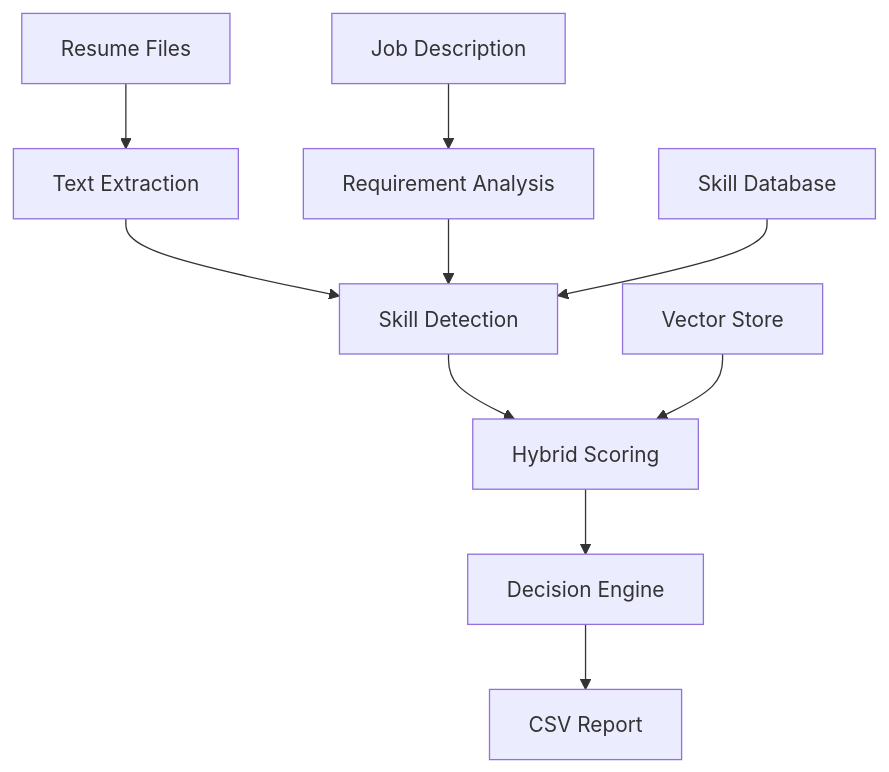
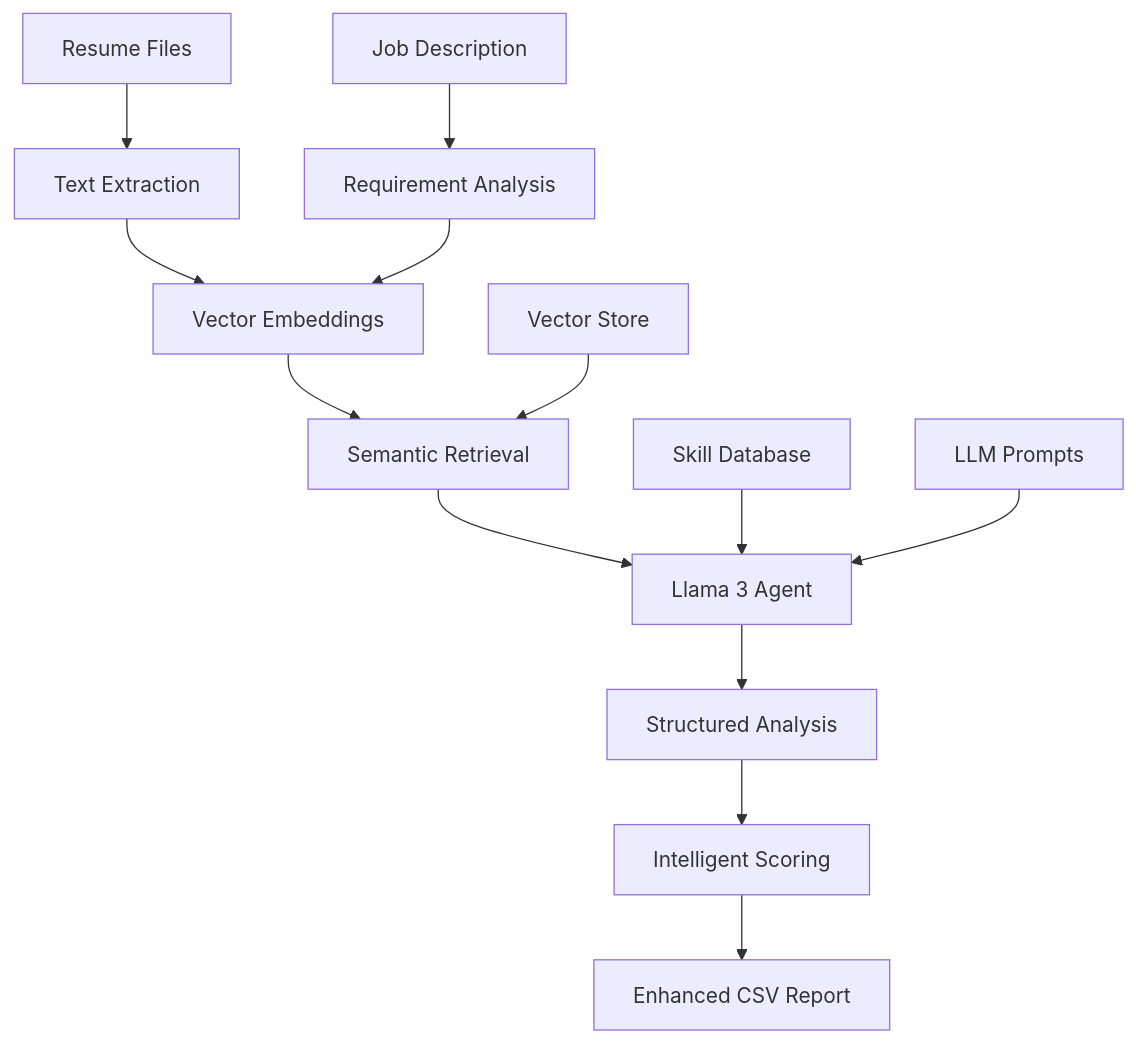
The diagram in readme.md (Tahmeer-Pasha/AI-Training), drawn with Mermaid before and after one commit. The commit also changed other lines of this file and 1 other file, not shown here.

````diff
--- a/readme.md
+++ b/readme.md
@@ -127,13 +119,16 @@
 ```mermaid
 graph TD
     A[Resume Files] --> B[Text Extraction]
     C[Job Description] --> D[Requirement Analysis]
-    B --> E[Skill Detection]
+    B --> E[Vector Embeddings]
     D --> E
-    E --> F[Hybrid Scoring]
-    F --> G[Decision Engine]
-    G --> H[CSV Report]
+    E --> F[Semantic Retrieval]
+    F --> G[Llama 3 Agent]
+    G --> H[Structured Analysis]
+    H --> I[Intelligent Scoring]
+    I --> J[Enhanced CSV Report]
     
-    I[Vector Store] --> F
-    J[Skill Database] --> E
+    K[Vector Store] --> F
+    L[Skill Database] --> G
+    M[LLM Prompts] --> G
 ```
````
